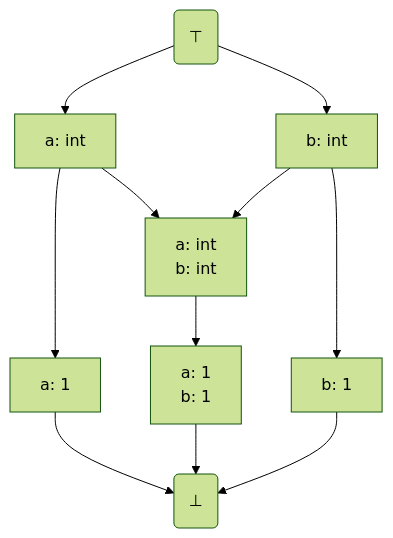
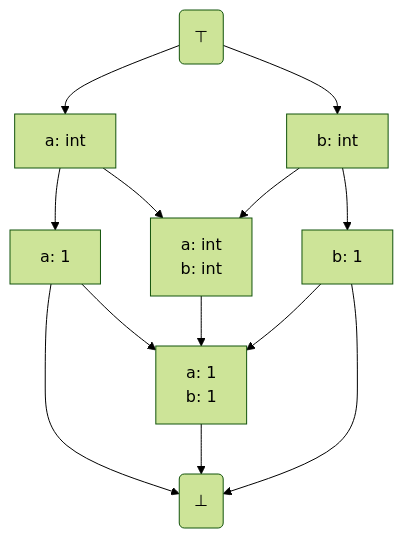
Before and after one commit to cuelang/cuelang.org: the seventh of 9 diagrams in content/en/docs/concepts/logic.md, drawn with Mermaid (forest theme).

Commit message:
docs/concepts/logic.md: fix graph

```diff
--- a/content/en/docs/concepts/logic.md
+++ b/content/en/docs/concepts/logic.md
@@ -327,17 +327,19 @@
 {{< mermaid >}}
 graph TD
     T("⊤")
     T --> ai["a: int"]
     T --> bi["b: int"]
     ai --> a1["a: 1"]
     ai --> aibi
     aibi["a: int<br/>b: int"]
     bi --> aibi
     a1b1["a: 1<br/>b: 1"]
     aibi --> a1b1
     a1b1 --> E
     a1 --> E
+    a1 --> a1b1
     bi --> b1["b: 1"]
+    b1 --> a1b1
     b1 --> E
     E("⊥")
 {{< /mermaid >}}
```
